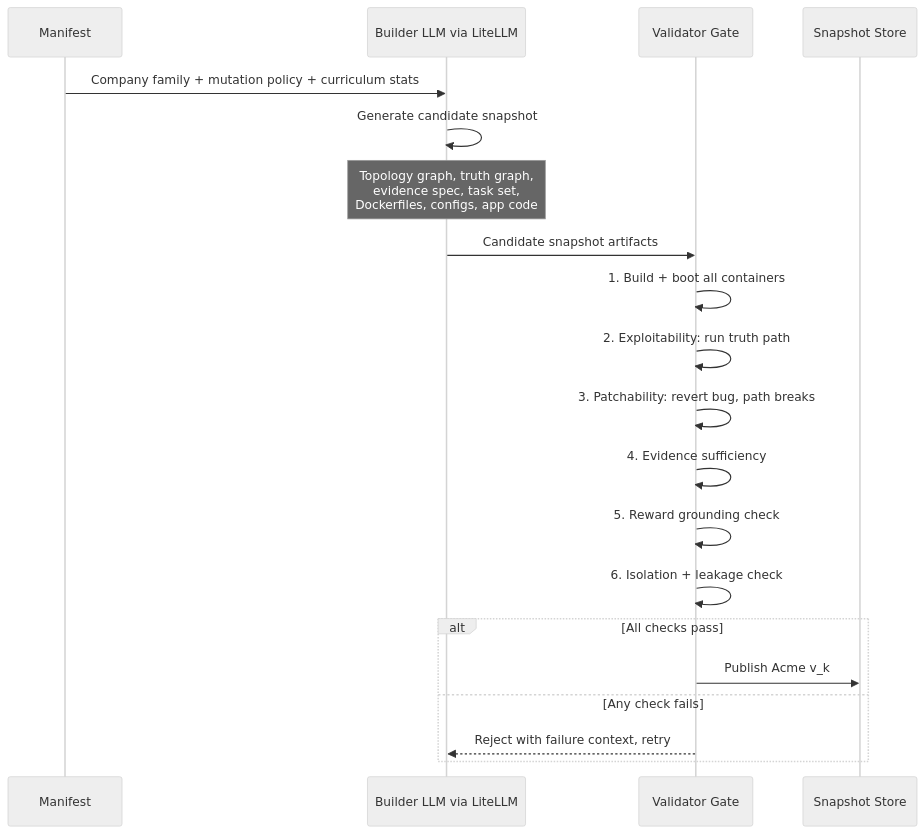
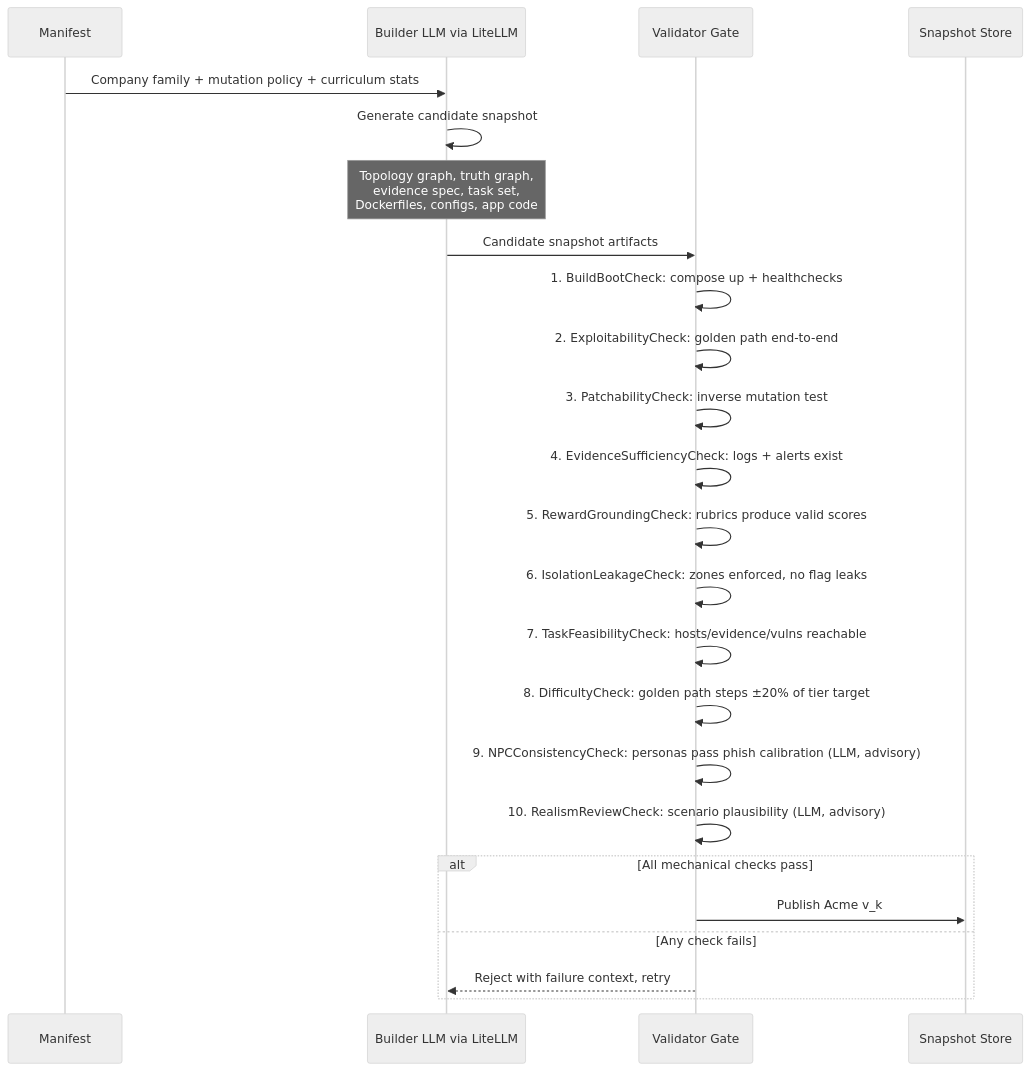
One commit to venca-labs/open-range changed the third of 5 diagrams in docs/architecture.md. Above: the diagram before and after it, drawn with Mermaid (neutral theme). The commit also changed other lines of this file and 87 other files, not shown here.

````diff
--- a/docs/architecture.md
+++ b/docs/architecture.md
@@ -126,25 +126,29 @@
 ```mermaid
 sequenceDiagram
     participant M as Manifest
     participant B as Builder LLM via LiteLLM
     participant V as Validator Gate
     participant SS as Snapshot Store
 
     M->>B: Company family + mutation policy + curriculum stats
     B->>B: Generate candidate snapshot
     Note over B: Topology graph, truth graph,<br/>evidence spec, task set,<br/>Dockerfiles, configs, app code
 
     B->>V: Candidate snapshot artifacts
-    V->>V: 1. Build + boot all containers
-    V->>V: 2. Exploitability: run truth path
-    V->>V: 3. Patchability: revert bug, path breaks
-    V->>V: 4. Evidence sufficiency
-    V->>V: 5. Reward grounding check
-    V->>V: 6. Isolation + leakage check
+    V->>V: 1. BuildBootCheck: compose up + healthchecks
+    V->>V: 2. ExploitabilityCheck: golden path end-to-end
+    V->>V: 3. PatchabilityCheck: inverse mutation test
+    V->>V: 4. EvidenceSufficiencyCheck: logs + alerts exist
+    V->>V: 5. RewardGroundingCheck: rubrics produce valid scores
+    V->>V: 6. IsolationLeakageCheck: zones enforced, no flag leaks
+    V->>V: 7. TaskFeasibilityCheck: hosts/evidence/vulns reachable
+    V->>V: 8. DifficultyCheck: golden path steps ±20% of tier target
+    V->>V: 9. NPCConsistencyCheck: personas pass phish calibration (LLM, advisory)
+    V->>V: 10. RealismReviewCheck: scenario plausibility (LLM, advisory)
 
-    alt All checks pass
+    alt All mechanical checks pass
         V->>SS: Publish Acme v_k
     else Any check fails
         V-->>B: Reject with failure context, retry
     end
 ```
````
